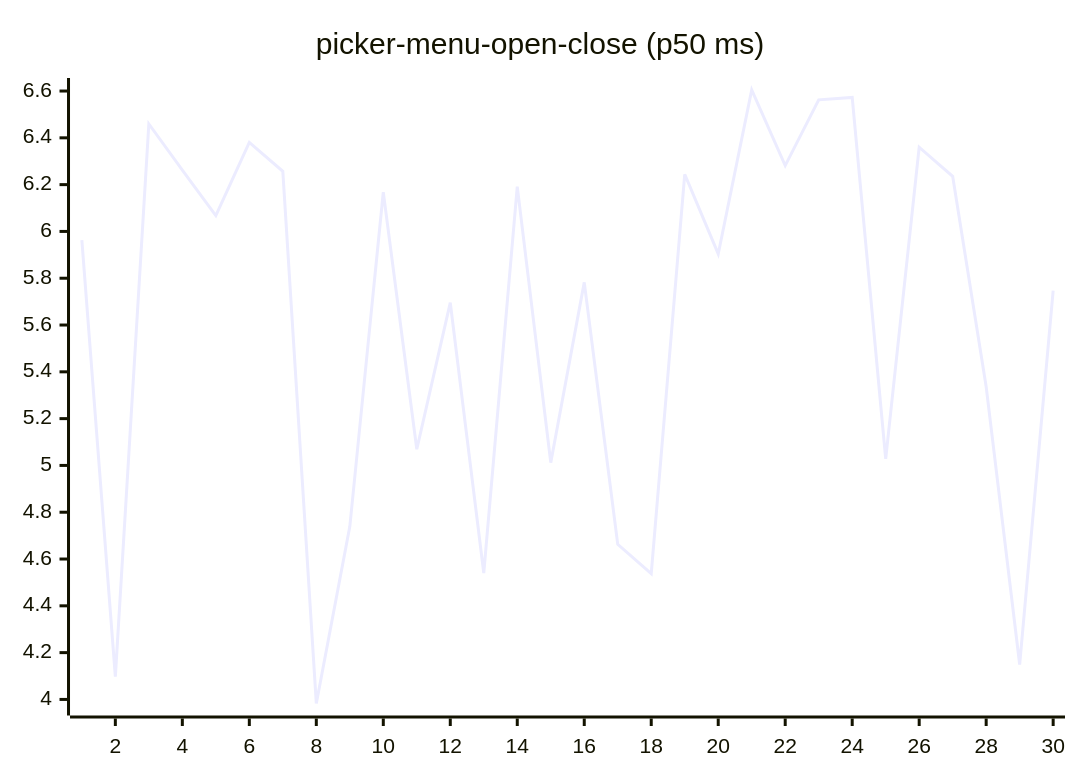
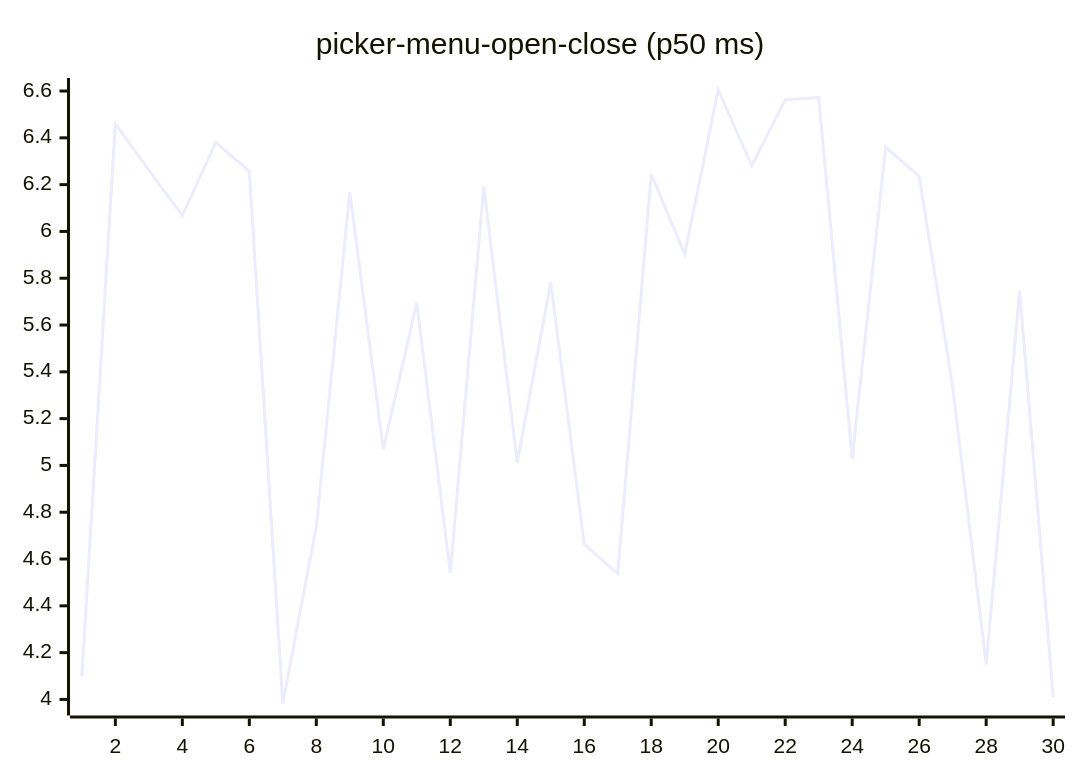
Diagram 16 of 27 in README.md (josha/Facet), drawn with Mermaid before and after one commit. The commit also changed other lines of this file and 2 other files, not shown here.

````diff
--- a/README.md
+++ b/README.md
@@ -168,6 +168,6 @@
 ```mermaid
 xychart-beta
     title "picker-menu-open-close (p50 ms)"
     x-axis 1 --> 30
-    line [5.9629, 4.0972, 6.4594, 6.2618, 6.0678, 6.3801, 6.2569, 3.9826, 4.7388, 6.1676, 5.0690, 5.6954, 4.5402, 6.1912, 5.0120, 5.7822, 4.6627, 4.5372, 6.2442, 5.9038, 6.6044, 6.2815, 6.5623, 6.5728, 5.0278, 6.3599, 6.2355, 5.3362, 4.1492, 5.7473]
+    line [4.0972, 6.4594, 6.2618, 6.0678, 6.3801, 6.2569, 3.9826, 4.7388, 6.1676, 5.0690, 5.6954, 4.5402, 6.1912, 5.0120, 5.7822, 4.6627, 4.5372, 6.2442, 5.9038, 6.6044, 6.2815, 6.5623, 6.5728, 5.0278, 6.3599, 6.2355, 5.3362, 4.1492, 5.7473, 4.0112]
 ```
````
